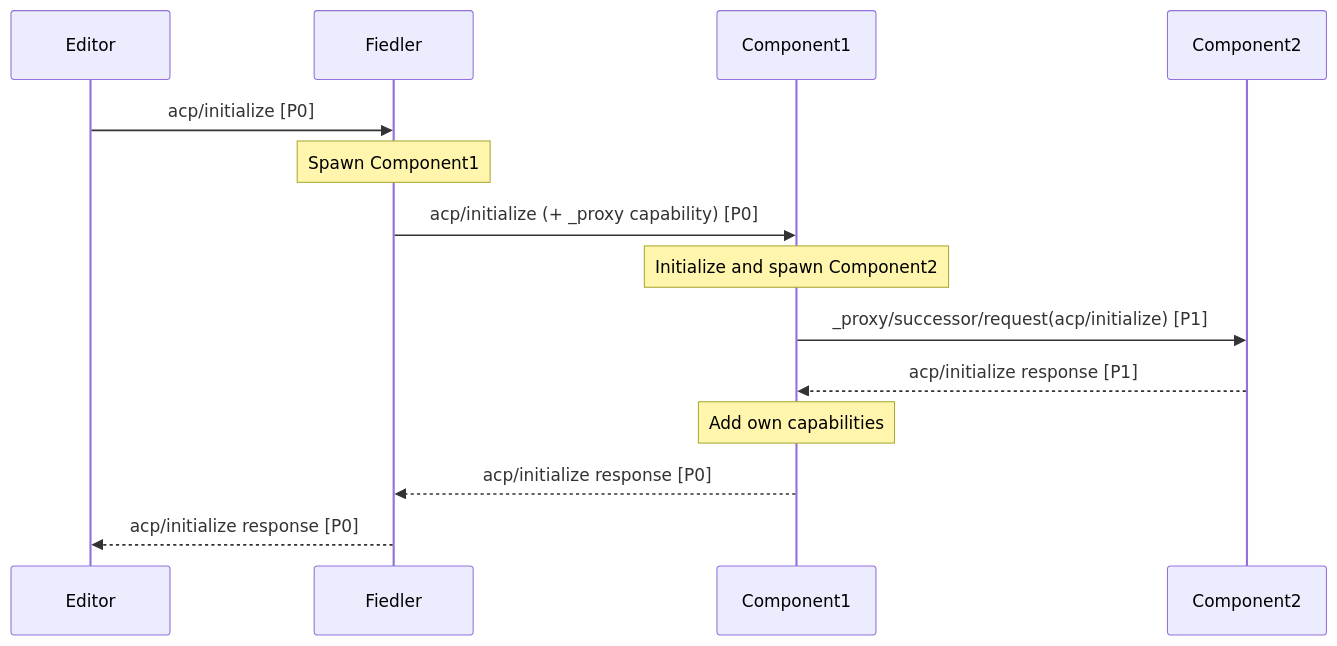
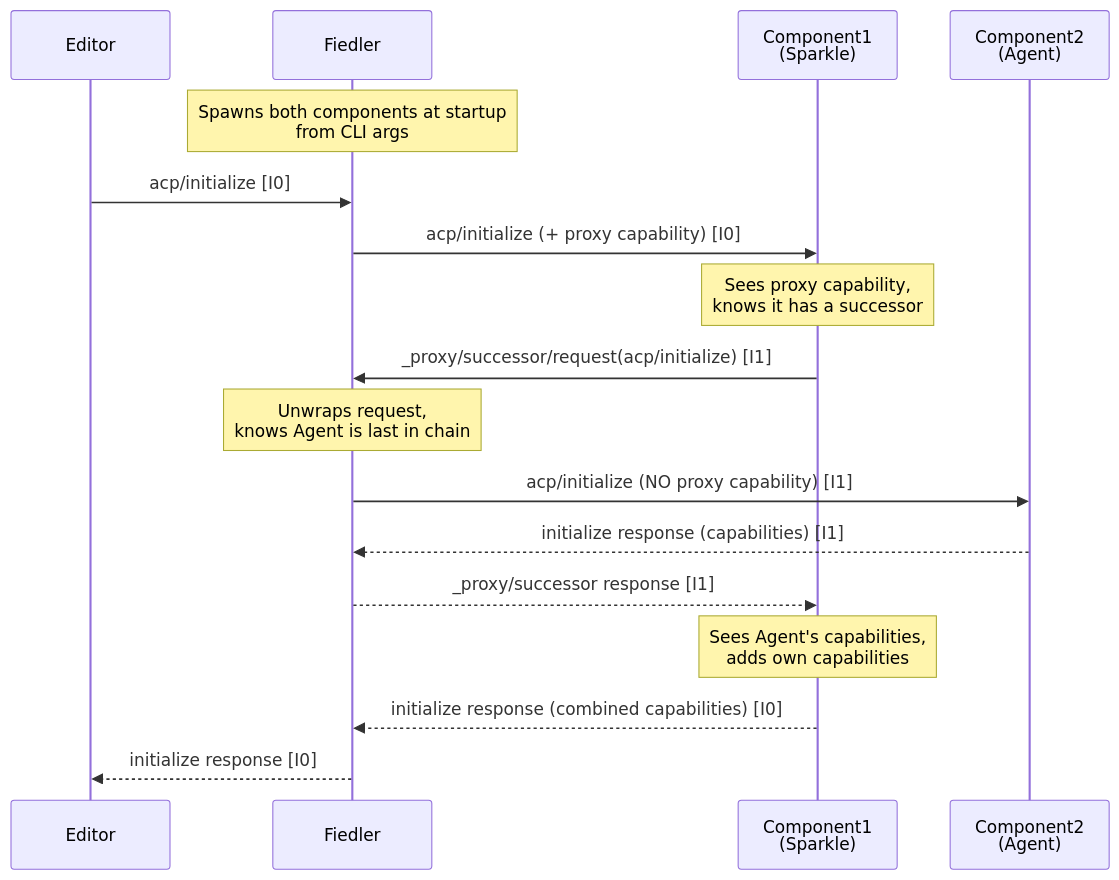
The second of 2 diagrams in md/design/fiedler-conductor.md (nikomatsakis/symposium), drawn with Mermaid before and after one commit. The commit also changed other lines of this file and 1 other file, not shown here.

First line of the commit message:
Fix initialization model: sequential through chain, not parallel

````diff
--- a/md/design/fiedler-conductor.md
+++ b/md/design/fiedler-conductor.md
@@ -84,17 +84,27 @@
 ```mermaid
 sequenceDiagram
     participant Editor
     participant Fiedler
-    participant Component1
-    participant Component2
+    participant Sparkle as Component1<br/>(Sparkle)
+    participant Agent as Component2<br/>(Agent)
 
-    Editor->>Fiedler: acp/initialize [P0]
-    Note over Fiedler: Spawn Component1
-    Fiedler->>Component1: acp/initialize (+ _proxy capability) [P0]
-    Note over Component1: Initialize and spawn Component2
-    Component1->>Component2: _proxy/successor/request(acp/initialize) [P1]
-    Component2-->>Component1: acp/initialize response [P1]
-    Note over Component1: Add own capabilities
-    Component1-->>Fiedler: acp/initialize response [P0]
-    Fiedler-->>Editor: acp/initialize response [P0]
+    Note over Fiedler: Spawns both components at startup<br/>from CLI args
+    
+    Editor->>Fiedler: acp/initialize [I0]
+    Fiedler->>Sparkle: acp/initialize (+ proxy capability) [I0]
+    
+    Note over Sparkle: Sees proxy capability,<br/>knows it has a successor
+    
+    Sparkle->>Fiedler: _proxy/successor/request(acp/initialize) [I1]
+    
+    Note over Fiedler: Unwraps request,<br/>knows Agent is last in chain
+    
+    Fiedler->>Agent: acp/initialize (NO proxy capability) [I1]
+    Agent-->>Fiedler: initialize response (capabilities) [I1]
+    Fiedler-->>Sparkle: _proxy/successor response [I1]
+    
+    Note over Sparkle: Sees Agent's capabilities,<br/>adds own capabilities
+    
+    Sparkle-->>Fiedler: initialize response (combined capabilities) [I0]
+    Fiedler-->>Editor: initialize response [I0]
 ```
````
